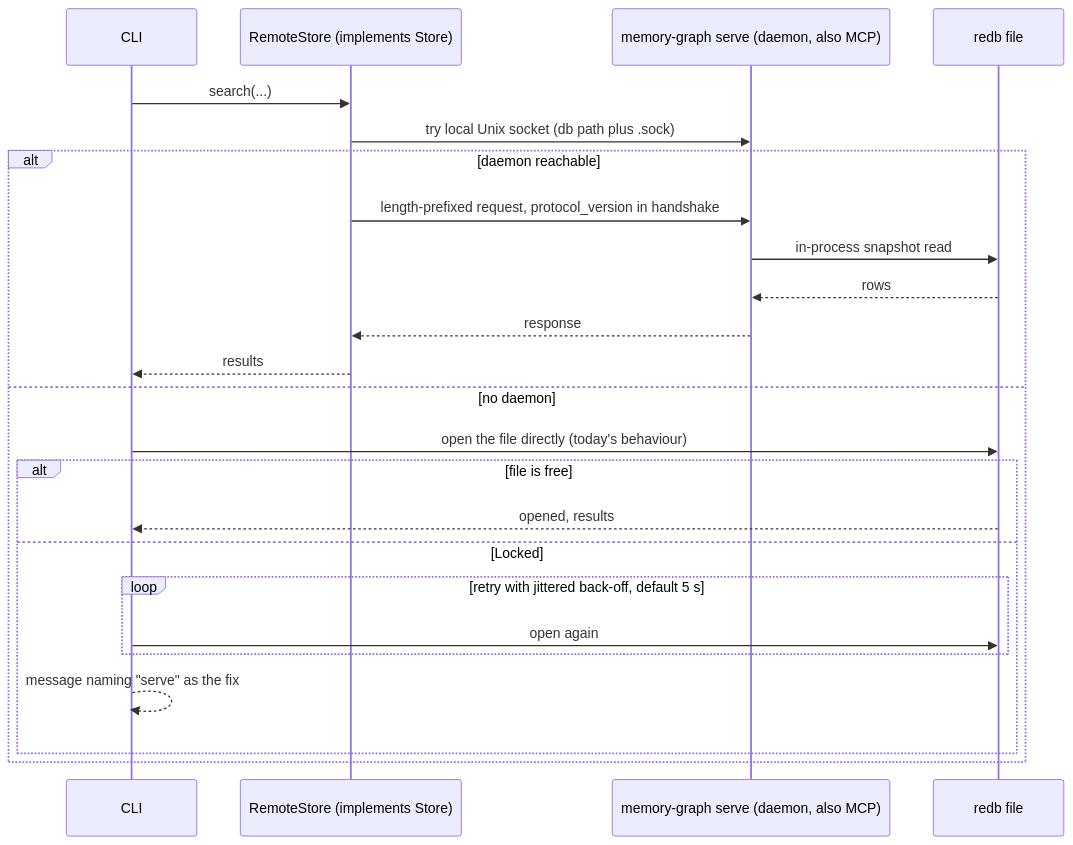
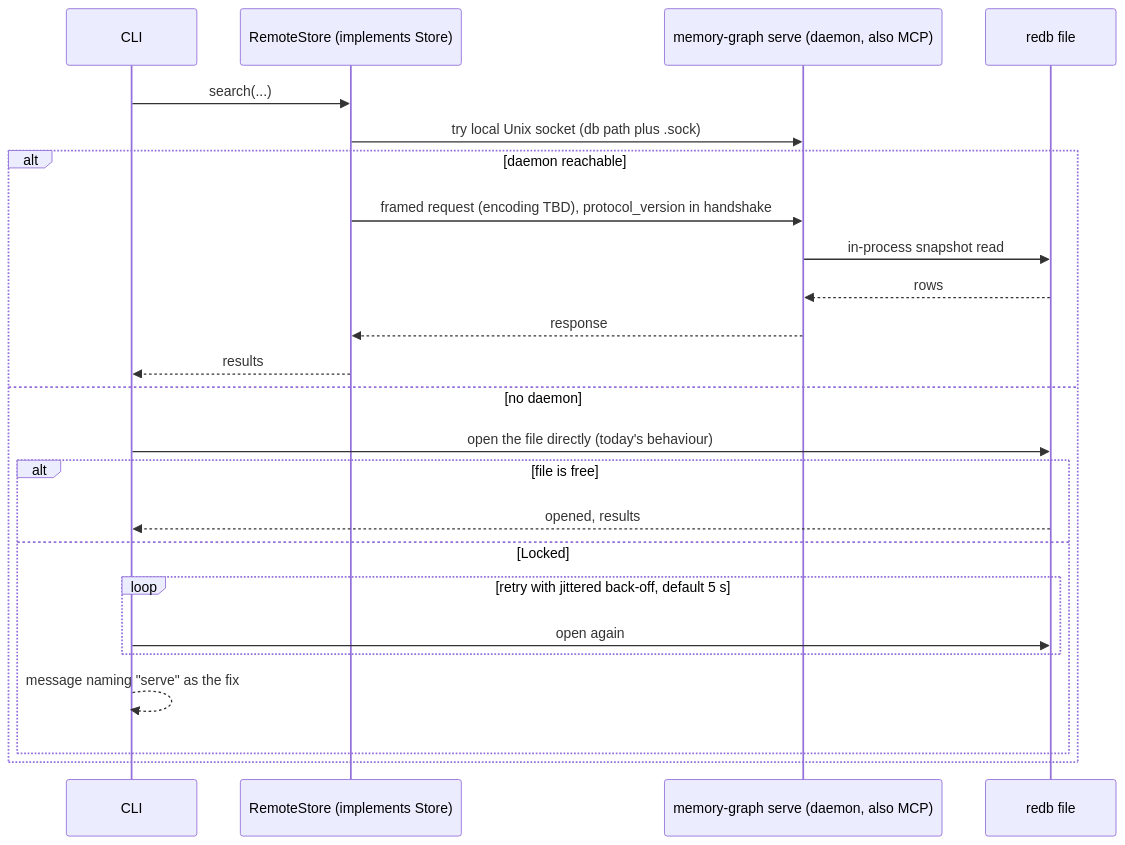
One commit to P47Phoenix/memory-graph changed diagram 16 of 19 in docs/architecture-diagrams.md. Above: the diagram before and after it, drawn with Mermaid. The commit also changed other lines of this file and 2 other files, not shown here.

Commit message:
PR 14 review nits: TOC anchor, diagram 15 wording, decided banner, 12a serial note
Claude-Session: https://claude.ai/code/session_019GsfN5YoGN6kHMPoXhvkB6

````diff
--- a/docs/architecture-diagrams.md
+++ b/docs/architecture-diagrams.md
@@ -488,26 +488,26 @@
 ```mermaid
 sequenceDiagram
     participant CLI as CLI
     participant Remote as RemoteStore (implements Store)
     participant D as memory-graph serve (daemon, also MCP)
     participant redb as redb file
     CLI->>Remote: search(...)
     Remote->>D: try local Unix socket (db path plus .sock)
     alt daemon reachable
-        Remote->>D: length-prefixed request, protocol_version in handshake
+        Remote->>D: framed request (encoding TBD), protocol_version in handshake
         D->>redb: in-process snapshot read
         redb-->>D: rows
         D-->>Remote: response
         Remote-->>CLI: results
     else no daemon
         CLI->>redb: open the file directly (today's behaviour)
         alt file is free
             redb-->>CLI: opened, results
         else Locked
             loop retry with jittered back-off, default 5 s
                 CLI->>redb: open again
             end
             CLI-->>CLI: message naming "serve" as the fix
         end
     end
 ```
````
